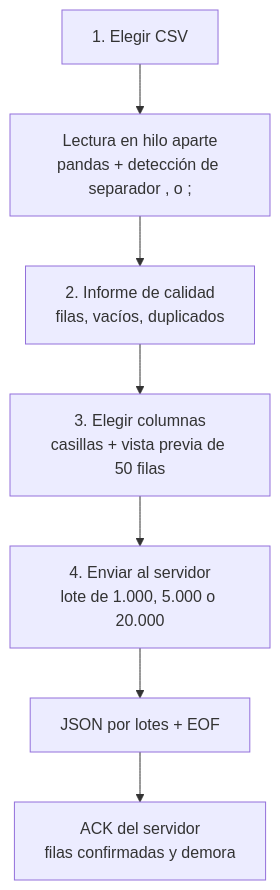
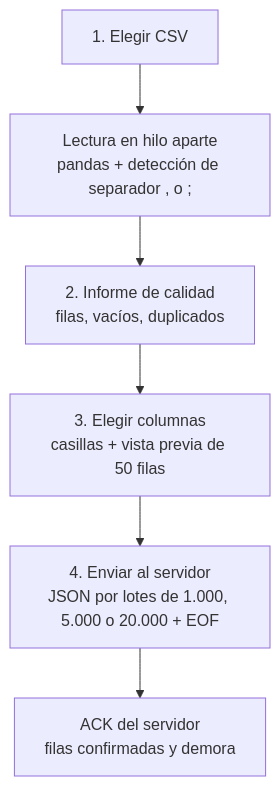
Before and after one commit to cescalantea/bigdata_evaluacion2: the second of 5 diagrams in MAESTRO.md, drawn with Mermaid. The commit also changed other lines of this file and 5 other files, not shown here.

First line of the commit message:
Actualiza la documentación de instalación y hace verticales los diagramas del MAESTRO

````diff
--- a/MAESTRO.md
+++ b/MAESTRO.md
@@ -108,9 +119,8 @@
 ```mermaid
 flowchart TD
     A["1. Elegir CSV"] --> B["Lectura en hilo aparte<br/>pandas + detección de separador , o ;"]
     B --> C["2. Informe de calidad<br/>filas, vacíos, duplicados"]
     C --> D["3. Elegir columnas<br/>casillas + vista previa de 50 filas"]
-    D --> E["4. Enviar al servidor<br/>lote de 1.000, 5.000 o 20.000"]
-    E --> F["JSON por lotes + EOF"]
-    F --> G["ACK del servidor<br/>filas confirmadas y demora"]
+    D --> E["4. Enviar al servidor<br/>JSON por lotes de 1.000, 5.000 o 20.000 + EOF"]
+    E --> G["ACK del servidor<br/>filas confirmadas y demora"]
 ```
````
